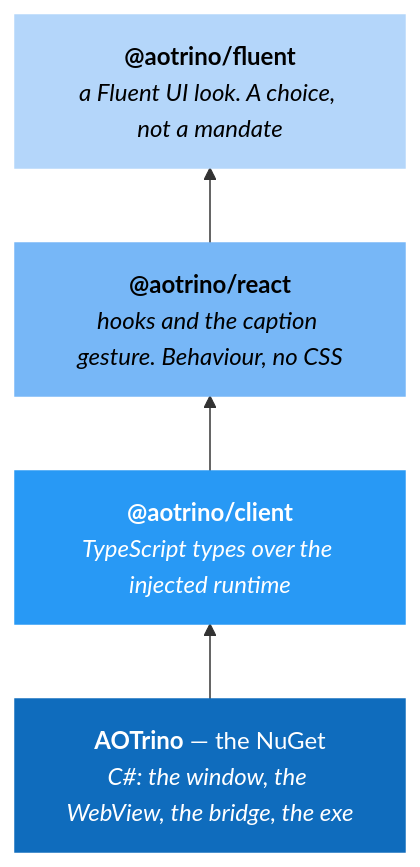
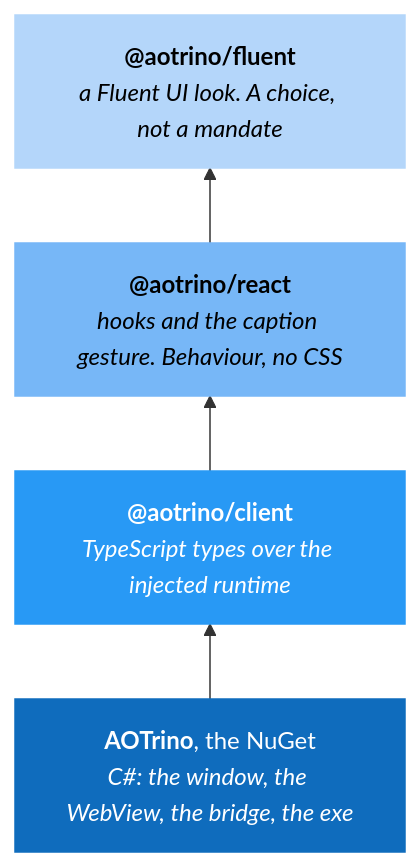
The first of 2 diagrams in README.md (aelyo-softworks/AOTrino), drawn with Mermaid before and after one commit. The commit also changed other lines of this file and 79 other files, not shown here.

````diff
--- a/README.md
+++ b/README.md
@@ -28,14 +28,14 @@
 ```mermaid
 graph BT
-    A["<b>AOTrino</b> — the NuGet<br/><i>C#: the window, the WebView, the bridge, the exe</i>"]
+    A["<b>AOTrino</b>, the NuGet<br/><i>C#: the window, the WebView, the bridge, the exe</i>"]
     B["<b>@aotrino/client</b><br/><i>TypeScript types over the injected runtime</i>"]
     C["<b>@aotrino/react</b><br/><i>hooks and the caption gesture. Behaviour, no CSS</i>"]
     D["<b>@aotrino/fluent</b><br/><i>a Fluent UI look. A choice, not a mandate</i>"]
 
     A --> B --> C --> D
 
     style A fill:#0f6cbd,color:#fff,stroke:#0f6cbd
     style B fill:#2899f5,color:#fff,stroke:#2899f5
     style C fill:#77b7f7,color:#000,stroke:#77b7f7
     style D fill:#b4d6fa,color:#000,stroke:#b4d6fa
 ```
````
